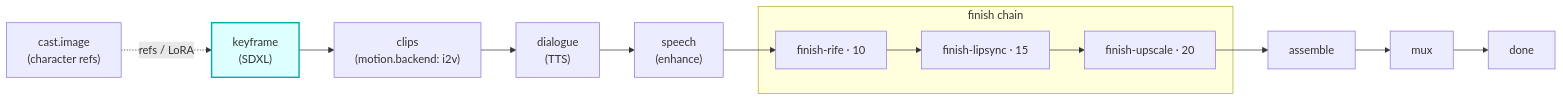
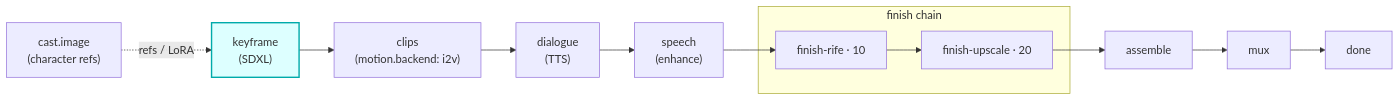
One commit to skyphusion-labs/vivijure-cf changed the diagram in modules/keyframe/README.md. Above: the diagram before and after it, drawn with Mermaid. The commit also changed 96 other files, not shown here.

````diff
--- a/modules/keyframe/README.md
+++ b/modules/keyframe/README.md
@@ -13,21 +13,20 @@
 ```mermaid
 flowchart LR
   cast["cast.image<br/>(character refs)"]
   kf["keyframe<br/>(SDXL)"]
   clips["clips<br/>(motion.backend: i2v)"]
   dlg["dialogue<br/>(TTS)"]
   sp["speech<br/>(enhance)"]
   subgraph finish["finish chain"]
     rife["finish-rife · 10"]
-    ls["finish-lipsync · 15"]
     up["finish-upscale · 20"]
   end
   asm["assemble"]
   mux["mux"]
   done["done"]
 
   cast -. "refs / LoRA" .-> kf
-  kf --> clips --> dlg --> sp --> rife --> ls --> up --> asm --> mux --> done
+  kf --> clips --> dlg --> sp --> rife --> up --> asm --> mux --> done
 
   style kf fill:#dff,stroke:#0aa,stroke-width:2px
 ```
````
